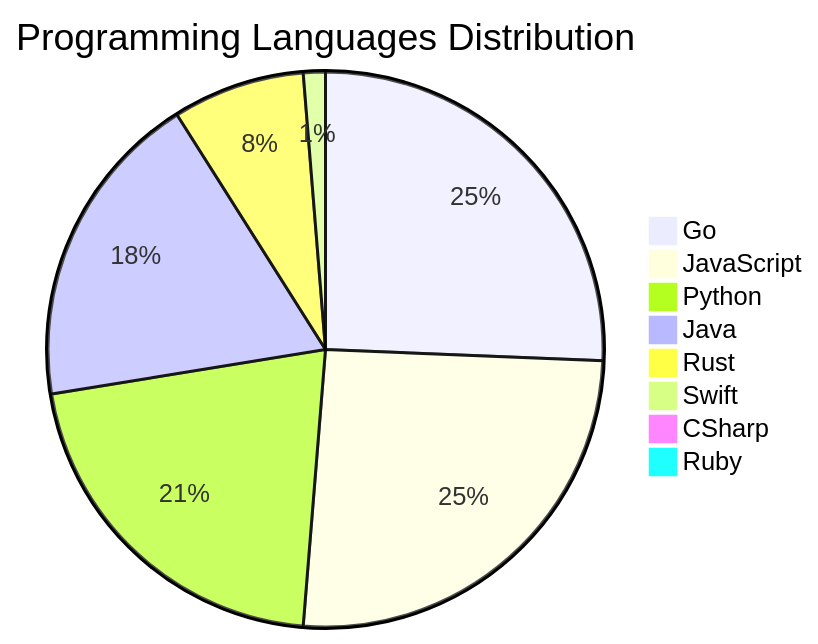
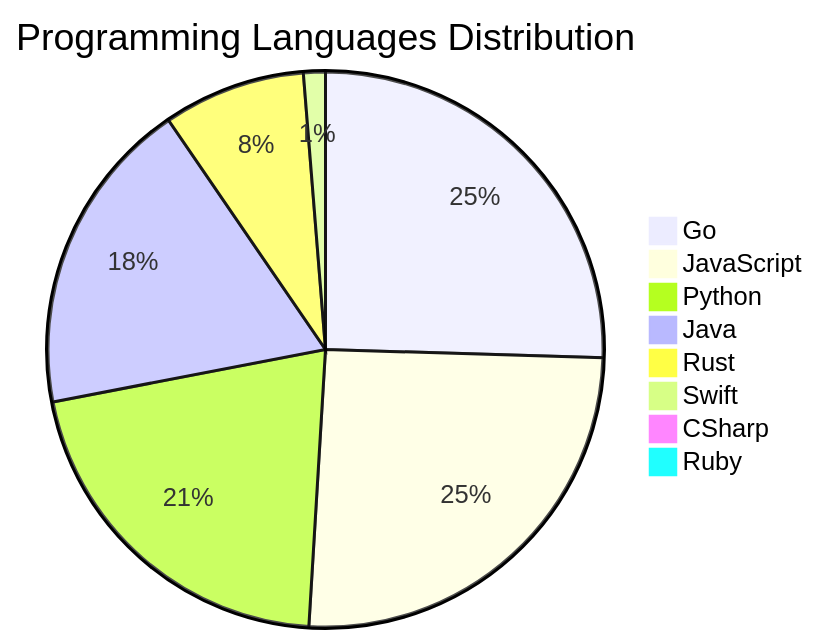
One commit to Derrick-MUGISHA/github-activity-bot changed the diagram in README.md. Above: the diagram before and after it, drawn with Mermaid. The commit also changed other lines of this file and 4 other files, not shown here.

````diff
--- a/README.md
+++ b/README.md
@@ -208,11 +208,11 @@
 ```mermaid
 pie title Programming Languages Distribution
     "Go" : 40
     "JavaScript" : 40
     "Python" : 33
     "Java" : 29
-    "Rust" : 12
+    "Rust" : 13
     "Swift" : 2
     "CSharp" : 1
     "Ruby" : 1
 ```
````
